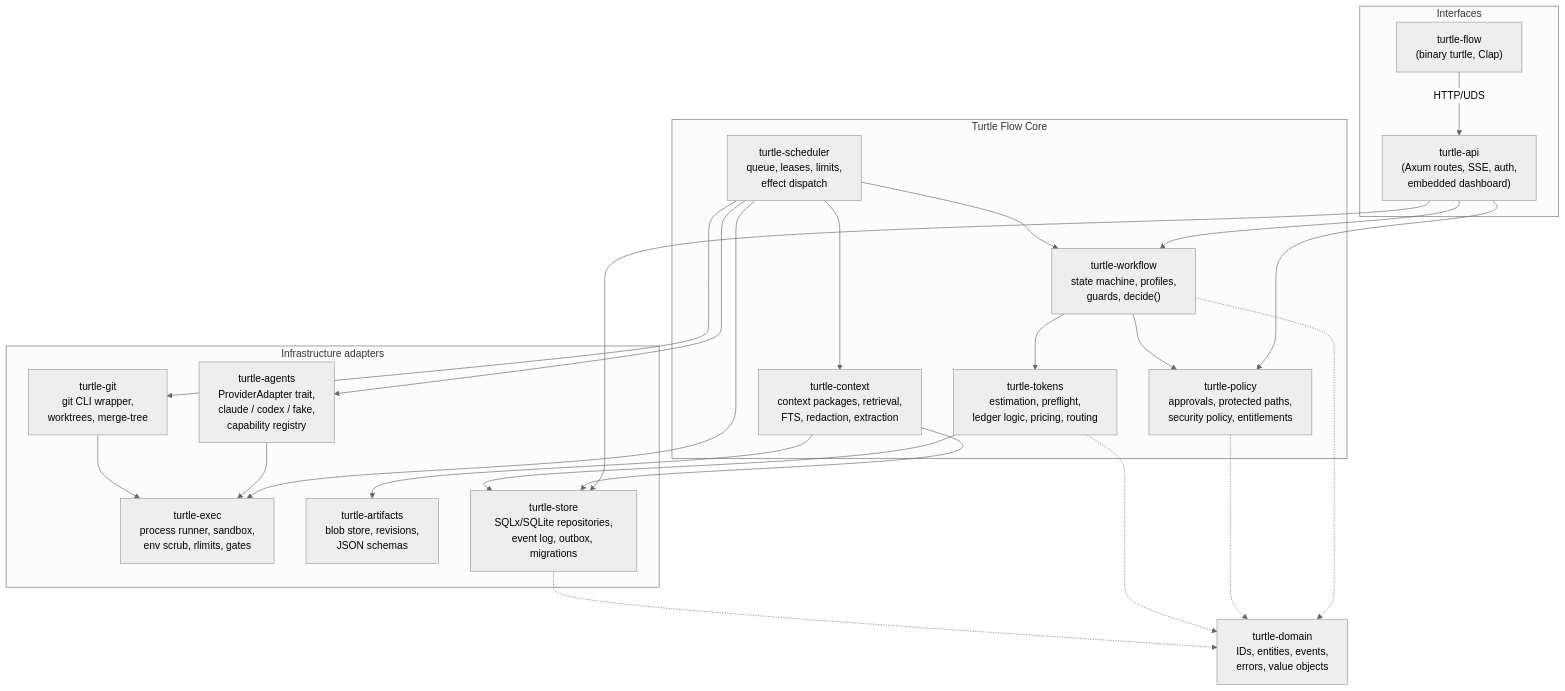
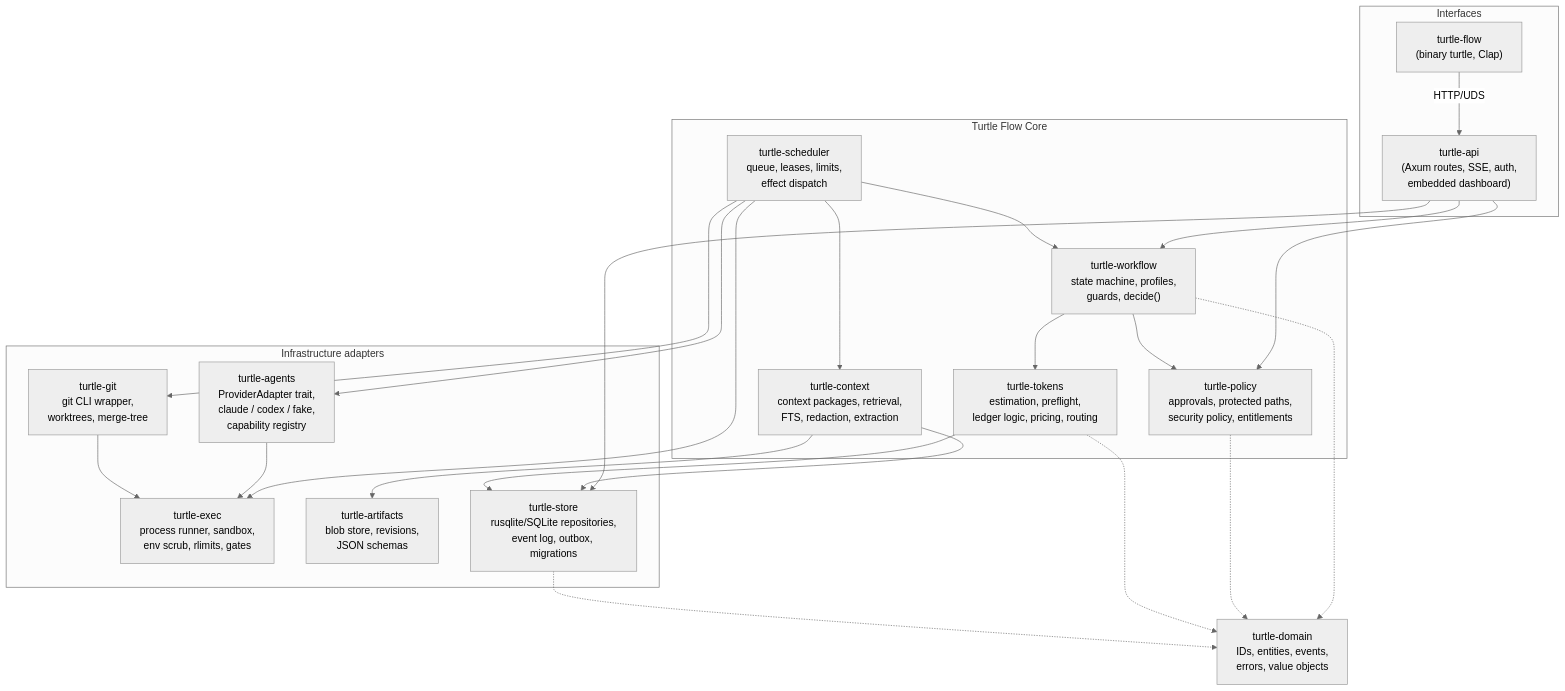
One commit to EmVeeNL/turtle-flow changed the second of 3 diagrams in docs/ARCHITECTURE.md. Above: the diagram before and after it, drawn with Mermaid (neutral theme). The commit also changed other lines of this file and 22 other files, not shown here.

First line of the commit message:
feat(store): SQLite store with hash-chained event log and atomic decisions

````diff
--- a/docs/ARCHITECTURE.md
+++ b/docs/ARCHITECTURE.md
@@ -132,43 +132,43 @@
 ```mermaid
 flowchart TB
     subgraph interfaces["Interfaces"]
         CLI["turtle-flow<br/>(binary turtle, Clap)"]
         API["turtle-api<br/>(Axum routes, SSE, auth,<br/>embedded dashboard)"]
     end
     subgraph core["Turtle Flow Core"]
         WF["turtle-workflow<br/>state machine, profiles,<br/>guards, decide()"]
         SCH["turtle-scheduler<br/>queue, leases, limits,<br/>effect dispatch"]
         POL["turtle-policy<br/>approvals, protected paths,<br/>security policy, entitlements"]
         TOK["turtle-tokens<br/>estimation, preflight,<br/>ledger logic, pricing, routing"]
         CTX["turtle-context<br/>context packages, retrieval,<br/>FTS, redaction, extraction"]
     end
     subgraph infra["Infrastructure adapters"]
         AG["turtle-agents<br/>ProviderAdapter trait,<br/>claude / codex / fake,<br/>capability registry"]
         GIT["turtle-git<br/>git CLI wrapper,<br/>worktrees, merge-tree"]
         EXE["turtle-exec<br/>process runner, sandbox,<br/>env scrub, rlimits, gates"]
         ART["turtle-artifacts<br/>blob store, revisions,<br/>JSON schemas"]
-        ST["turtle-store<br/>SQLx/SQLite repositories,<br/>event log, outbox, migrations"]
+        ST["turtle-store<br/>rusqlite/SQLite repositories,<br/>event log, outbox, migrations"]
     end
     DOM["turtle-domain<br/>IDs, entities, events,<br/>errors, value objects"]
 
     CLI -->|HTTP/UDS| API
     API --> WF
     API --> POL
     API --> ST
     SCH --> WF
     SCH --> AG
     SCH --> GIT
     SCH --> EXE
     SCH --> CTX
     WF --> POL
     WF --> TOK
     CTX --> ART
     CTX --> ST
     TOK --> ST
     AG --> EXE
     GIT --> EXE
     WF -.-> DOM
     POL -.-> DOM
     TOK -.-> DOM
     ST -.-> DOM
 ```
````
